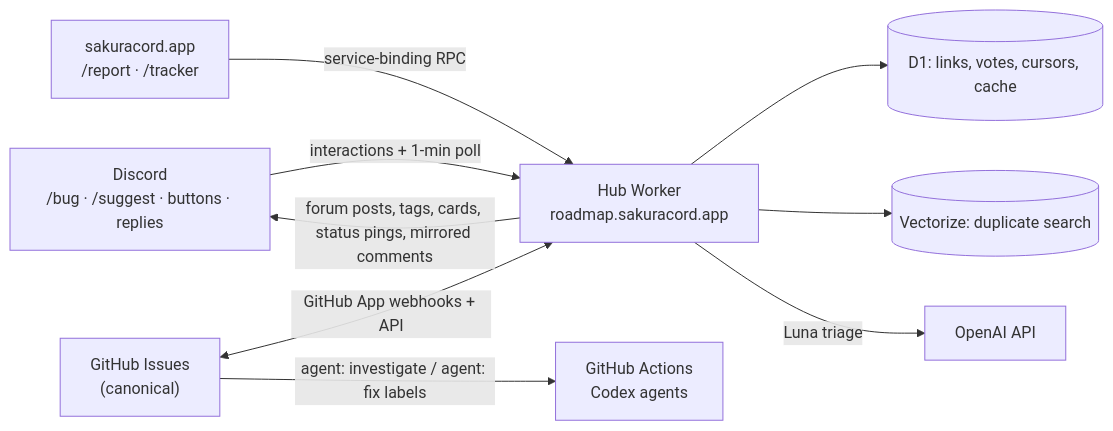
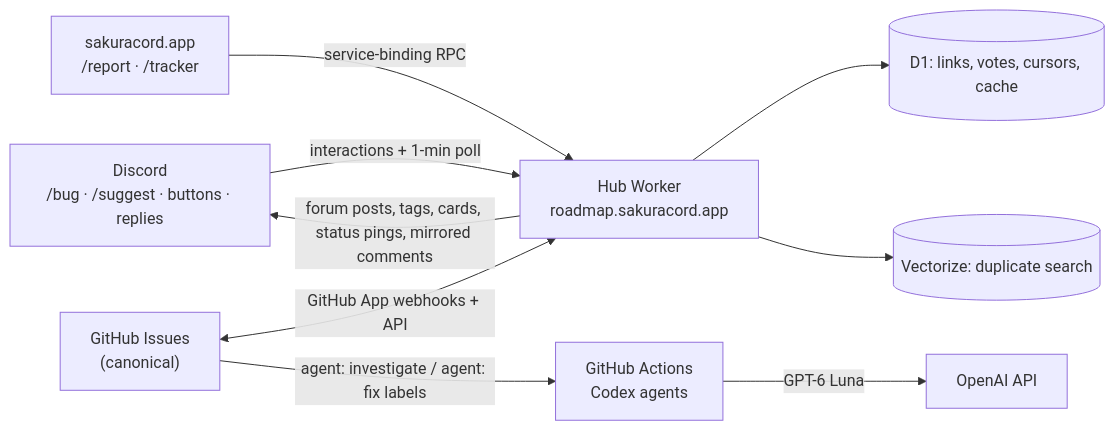
The diagram in README.md (SakuraCordApp/Roadmap), drawn with Mermaid before and after one commit. The commit also changed other lines of this file and 15 other files, not shown here.

````diff
--- a/README.md
+++ b/README.md
@@ -12,11 +12,11 @@
 ```mermaid
 flowchart LR
   D["Discord<br/>/bug · /suggest · buttons · replies"] -->|interactions + 1-min poll| H["Hub Worker<br/>roadmap.sakuracord.app"]
   W["sakuracord.app<br/>/report · /tracker"] -->|service-binding RPC| H
   G["GitHub Issues<br/>(canonical)"] <-->|GitHub App webhooks + API| H
   H -->|forum posts, tags, cards, status pings, mirrored comments| D
   H --> DB[("D1: links, votes, cursors, cache")]
   H --> V[("Vectorize: duplicate search")]
-  H -->|Luna triage| O["OpenAI API"]
   G -->|agent: investigate / agent: fix labels| A["GitHub Actions<br/>Codex agents"]
+  A -->|GPT-6 Luna| O["OpenAI API"]
 ```
````
